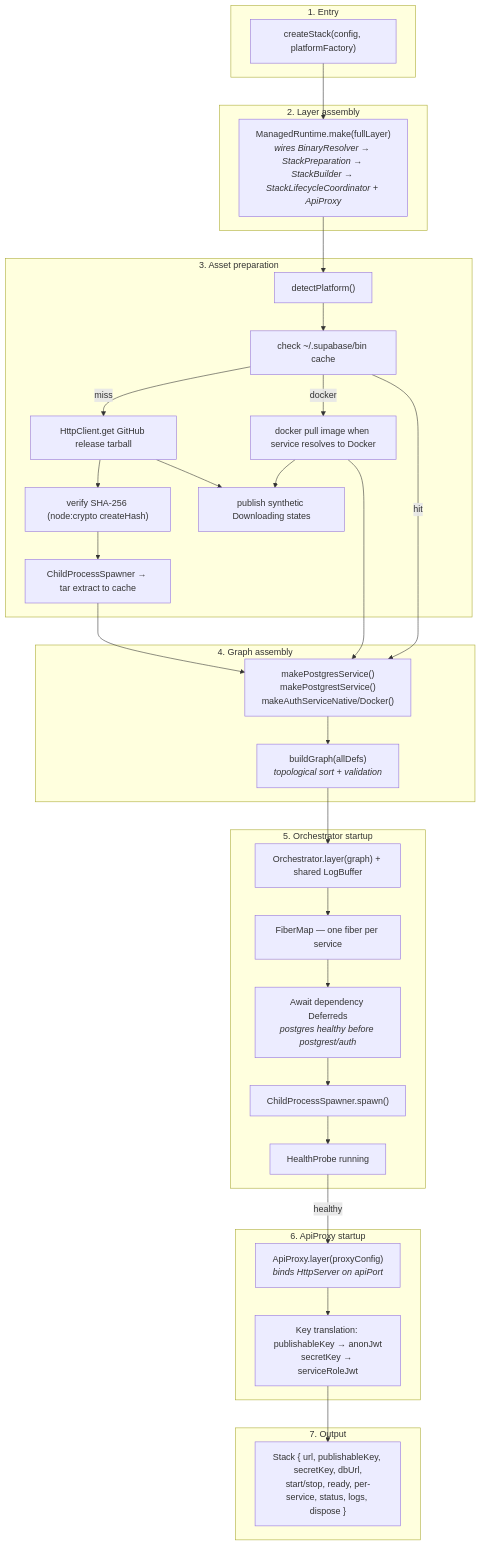
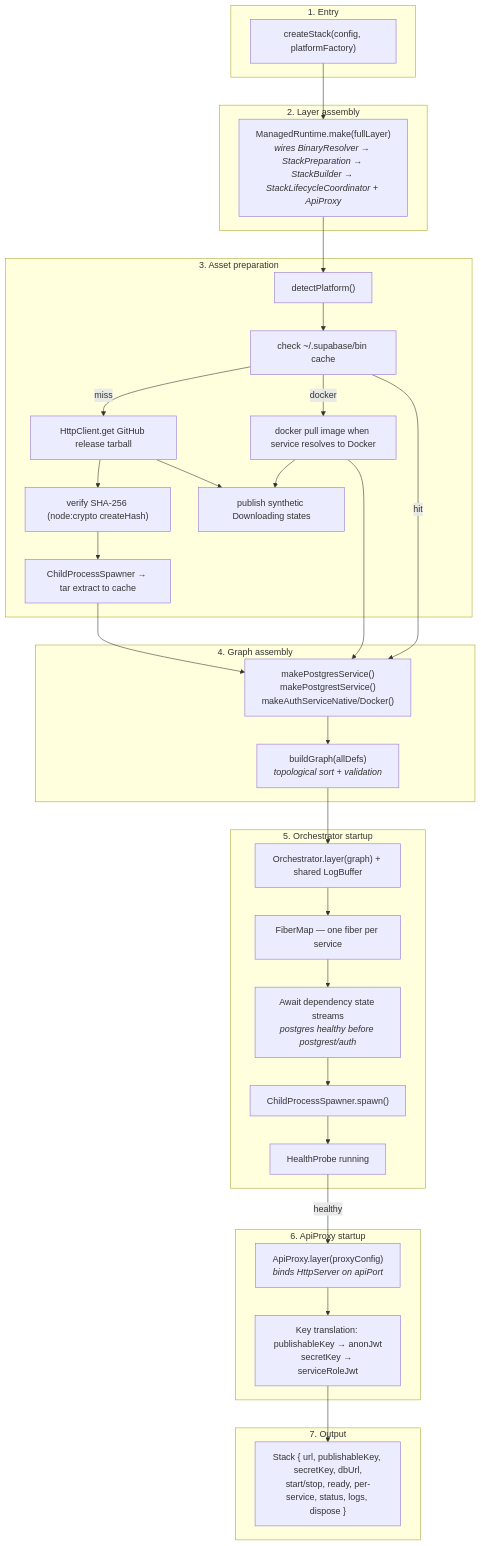
The ninth of 9 diagrams in packages/stack/docs/architecture.md (supabase/cli), drawn with Mermaid before and after one commit. The commit also changed other lines of this file and 17 other files, not shown here.

````diff
--- a/packages/stack/docs/architecture.md
+++ b/packages/stack/docs/architecture.md
@@ -1055,64 +1055,64 @@
 ```mermaid
 graph TB
     subgraph "1. Entry"
         CS["createStack(config, platformFactory)"]
     end
 
     subgraph "2. Layer assembly"
         LA["ManagedRuntime.make(fullLayer)<br/><i>wires BinaryResolver → StackPreparation → StackBuilder → StackLifecycleCoordinator + ApiProxy</i>"]
     end
 
     subgraph "3. Asset preparation"
         DP["detectPlatform()"]
         CH["check ~/.supabase/bin cache"]
         DL["HttpClient.get GitHub release tarball"]
         PI["docker pull image when service resolves to Docker"]
         VR["verify SHA-256 (node:crypto createHash)"]
         EX["ChildProcessSpawner → tar extract to cache"]
         DS["publish synthetic Downloading states"]
     end
 
     subgraph "4. Graph assembly"
         SD["makePostgresService()<br/>makePostgrestService()<br/>makeAuthServiceNative/Docker()"]
         BG["buildGraph(allDefs)<br/><i>topological sort + validation</i>"]
     end
 
     subgraph "5. Orchestrator startup"
         OL["Orchestrator.layer(graph) + shared LogBuffer"]
         FM["FiberMap — one fiber per service"]
-        DEP["Await dependency Deferreds<br/><i>postgres healthy before postgrest/auth</i>"]
+        DEP["Await dependency state streams<br/><i>postgres healthy before postgrest/auth</i>"]
         SP["ChildProcessSpawner.spawn()"]
         HC["HealthProbe running"]
     end
 
     subgraph "6. ApiProxy startup"
         AP["ApiProxy.layer(proxyConfig)<br/><i>binds HttpServer on apiPort</i>"]
         KT["Key translation: publishableKey → anonJwt<br/>secretKey → serviceRoleJwt"]
     end
 
     subgraph "7. Output"
         SI["Stack { url, publishableKey, secretKey, dbUrl,<br/>start/stop, ready, per-service, status, logs, dispose }"]
     end
 
     CS --> LA
     LA --> DP
     DP --> CH
     CH -->|"miss"| DL
     DL --> VR
     VR --> EX
     CH -->|"docker"| PI
     DL --> DS
     PI --> DS
     EX --> SD
     PI --> SD
     CH -->|"hit"| SD
     SD --> BG
     BG --> OL
     OL --> FM
     FM --> DEP
     DEP --> SP
     SP --> HC
     HC -->|"healthy"| AP
     AP --> KT
     KT --> SI
 ```
````
